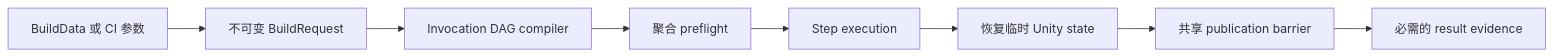
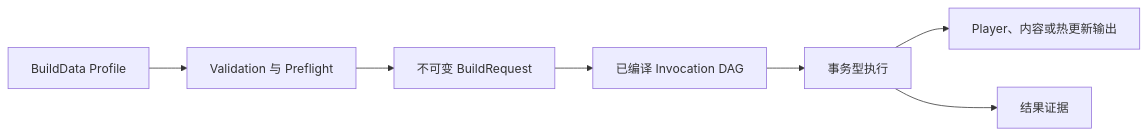
One commit to MaiKuraki/UnityStarter changed the first of 14 diagrams in UnityStarter/Assets/Build/README.SCH.md. Above: the diagram before and after it, drawn with Mermaid. The commit also changed other lines of this file and 19 other files, not shown here.

````diff
--- a/UnityStarter/Assets/Build/README.SCH.md
+++ b/UnityStarter/Assets/Build/README.SCH.md
@@ -51,10 +79,9 @@
 ```mermaid
 flowchart LR
-    A["BuildData 或 CI 参数"] --> R["不可变 BuildRequest"]
-    R --> C["Invocation DAG compiler"]
-    C --> P["聚合 preflight"]
-    P --> E["Step execution"]
-    E --> S["恢复临时 Unity state"]
-    S --> B["共享 publication barrier"]
-    B --> M["必需的 result evidence"]
+    A["BuildData Profile"] --> B["Validation 与 Preflight"]
+    B --> C["不可变 BuildRequest"]
+    C --> D["已编译 Invocation DAG"]
+    D --> E["事务型执行"]
+    E --> F["Player、内容或热更新输出"]
+    E --> G["结果证据"]
 ```
````
